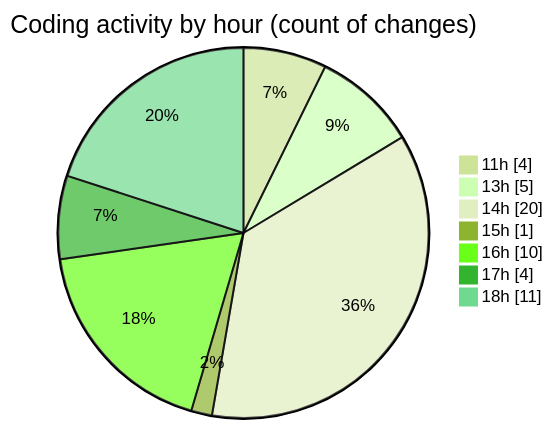
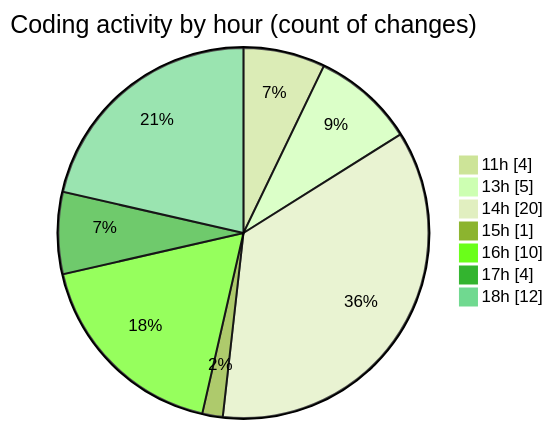
Before and after one commit to momahboobian/code-tracking: the second of 2 diagrams in 2025-05-13/cda/README.md, drawn with Mermaid (forest theme). The commit also changed other lines of this file and 1 other file, not shown here.

````diff
--- a/2025-05-13/cda/README.md
+++ b/2025-05-13/cda/README.md
@@ -42,11 +42,11 @@
 ```mermaid
 pie showData
 title Coding activity by hour (count of changes)
 "11h" : 4
 "13h" : 5
 "14h" : 20
 "15h" : 1
 "16h" : 10
 "17h" : 4
-"18h" : 11
+"18h" : 12
 ```
````
